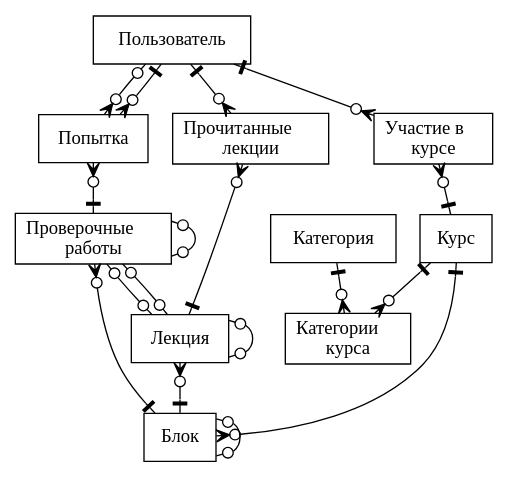
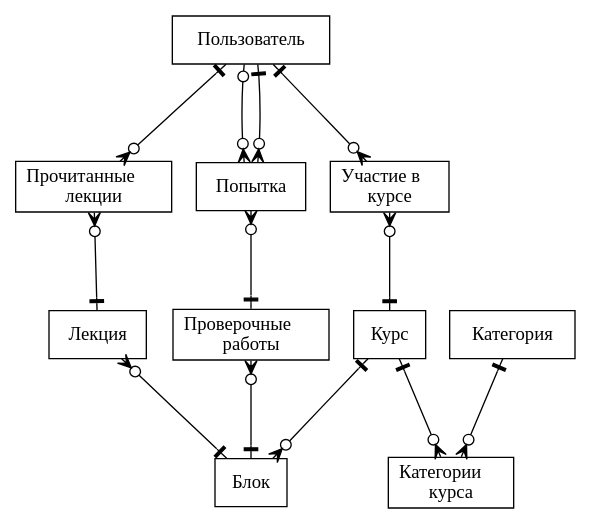
The diagram in Text/schemas/RDB_normalized.dot (AsciiShell/DB_project), drawn with Graphviz before and after one commit. The commit also changed 2 other files, not shown here.

Commit message:
Revert "Update diagrams"
This reverts commit d2e5c057abbf6bd9bb7b599a0f047df0a7917edb.

```diff
--- a/Text/schemas/RDB_normalized.dot
+++ b/Text/schemas/RDB_normalized.dot
@@ -1,39 +1,31 @@
 digraph ERD {
-  //ranksep=1;
+  ranksep=1;
 
   User [ label="{<F> Пользователь}" shape = "record" ];
   Course [ label="{<F> Курс}" shape = "record" ];
   CourseCategory [ label="{<F> Категории\l курса}" shape = "record" ];
   Category [ label="{<F> Категория}" shape = "record" ];
   
   Block [ label="{<F> Блок}" shape = "record" ];
   Task [ label="{<F> Проверочные\l работы}" shape = "record" ];
   Solution [ label="{<F> Попытка}" shape = "record" ];
   Lecture [ label="{<F> Лекция}" shape = "record" ];
   CourseEnroll [ label="{<F> Участие&nbsp;в\l курсе}" shape = "record" ];
   LectureReaded [ label="{<F> Прочитанные \l лекции}" shape = "record" ];
  
   User->CourseEnroll [arrowhead = crowodot, arrowtail = noneotee, dir=both];
   User->LectureReaded[arrowhead = crowodot, arrowtail = noneotee, dir=both];
   User->Solution[arrowhead = crowodot, arrowtail = noneodot, dir=both];
   User->Solution[arrowhead = crowodot, arrowtail = noneotee, dir=both];
   
   Solution->Task[arrowhead = noneotee, arrowtail = crowodot, dir=both];
   CourseEnroll->Course [arrowhead = noneotee, arrowtail = crowodot, dir=both];
   LectureReaded->Lecture[arrowhead = noneotee, arrowtail = crowodot, dir=both];
   
   Task->Block[arrowhead = noneotee, arrowtail = crowodot, dir=both];
   Course->Block[arrowhead = crowodot, arrowtail = noneotee, dir=both];
   Lecture->Block[arrowhead = noneotee, arrowtail = crowodot, dir=both];
   
   Course->CourseCategory[arrowhead = crowodot, arrowtail = noneotee, dir=both];
   Category->CourseCategory[arrowhead = crowodot, arrowtail = noneotee, dir=both];
-  
-  // loops
-  
-  Block->Block [arrowhead = noneodot, arrowtail = noneodot, dir=both];
-  Lecture->Lecture [arrowhead = noneodot, arrowtail = noneodot, dir=both];
-  Task->Lecture [arrowhead = noneodot, arrowtail = noneodot, dir=both];
-  Task->Lecture [arrowhead = noneodot, arrowtail = noneodot, dir=both];
-  Task->Task [arrowhead = noneodot, arrowtail = noneodot, dir=both];
 }
```
